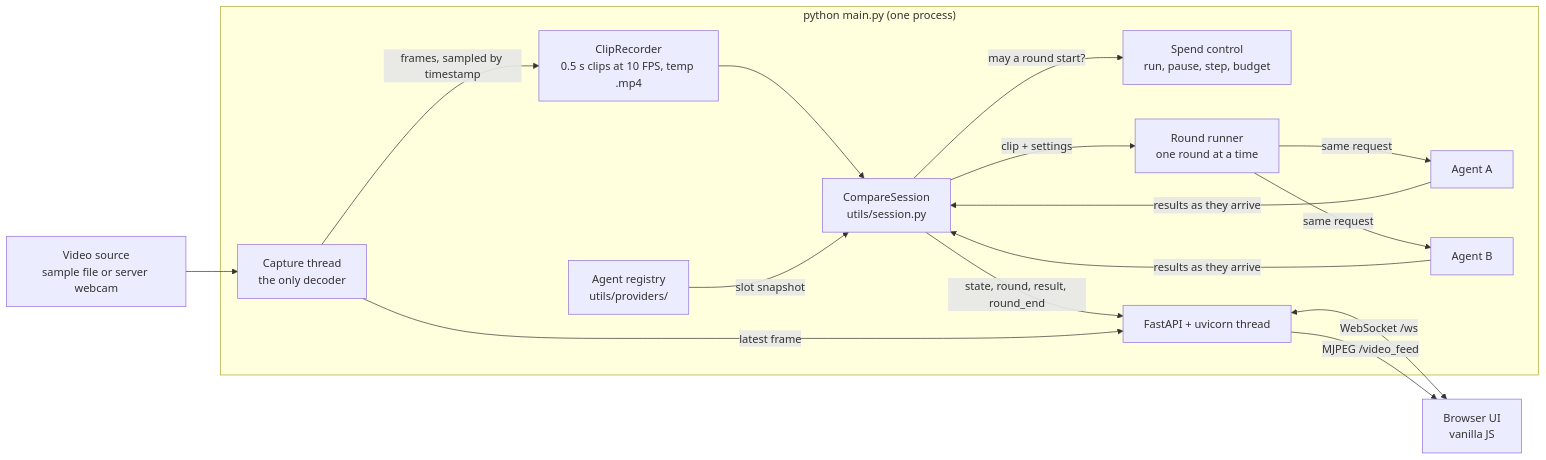
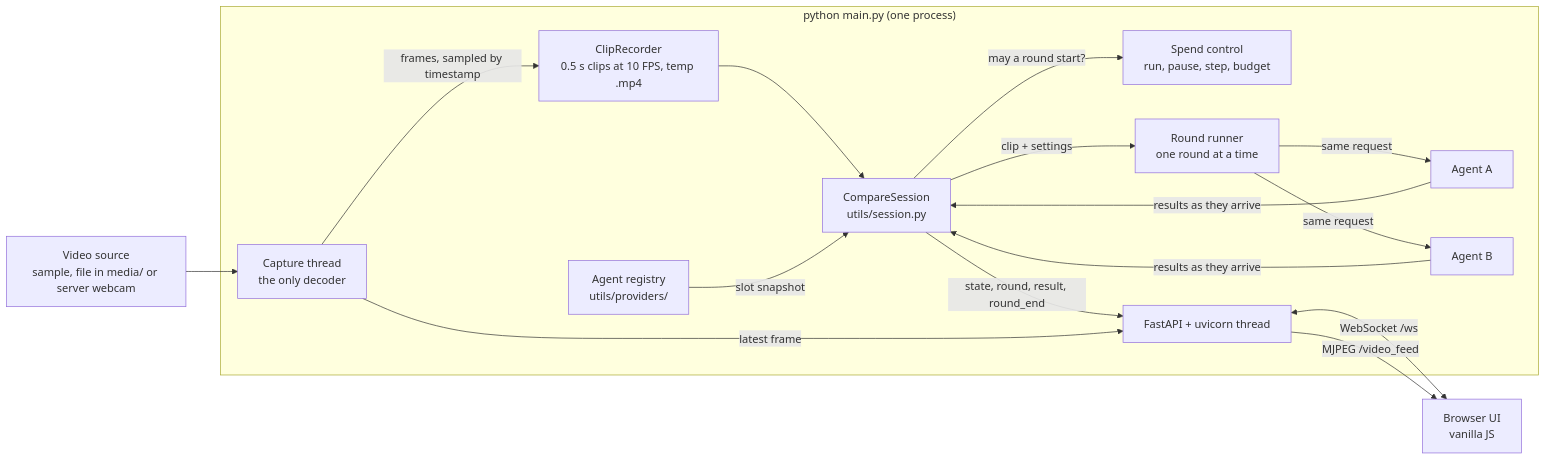
One commit to LordLokator/VLMPromptEngineeringSandbox changed the first of 2 diagrams in README.md. Above: the diagram before and after it, drawn with Mermaid. The commit also changed other lines of this file and 13 other files, not shown here.

First line of the commit message:
feat: local video sources from a media/ folder with a source picker (#18)

````diff
--- a/README.md
+++ b/README.md
@@ -115,29 +119,29 @@
 ```mermaid
 flowchart LR
-    SRC["Video source<br/>sample file or server webcam"]
+    SRC["Video source<br/>sample, file in media/ or server webcam"]
     UI["Browser UI<br/>vanilla JS"]
 
     subgraph APP["python main.py (one process)"]
         CAP["Capture thread<br/>the only decoder"]
         REC["ClipRecorder<br/>0.5 s clips at 10 FPS, temp .mp4"]
         SES["CompareSession<br/>utils/session.py"]
         SPEND["Spend control<br/>run, pause, step, budget"]
         RUN["Round runner<br/>one round at a time"]
         A["Agent A"]
         B["Agent B"]
         REG["Agent registry<br/>utils/providers/"]
         WEB["FastAPI + uvicorn thread"]
     end
 
     SRC --> CAP
     CAP -- "frames, sampled by timestamp" --> REC --> SES
     SES -- "may a round start?" --> SPEND
     SES -- "clip + settings" --> RUN
     RUN -- "same request" --> A & B
     REG -- "slot snapshot" --> SES
     A & B -- "results as they arrive" --> SES
     SES -- "state, round, result, round_end" --> WEB
     CAP -- "latest frame" --> WEB
     WEB <-- "WebSocket /ws" --> UI
     WEB -- "MJPEG /video_feed" --> UI
 ```
````
